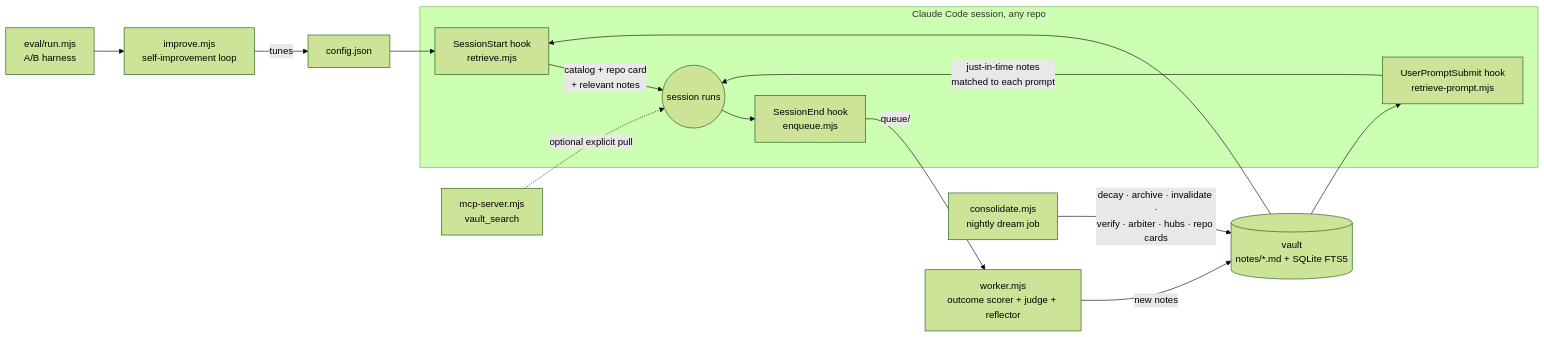
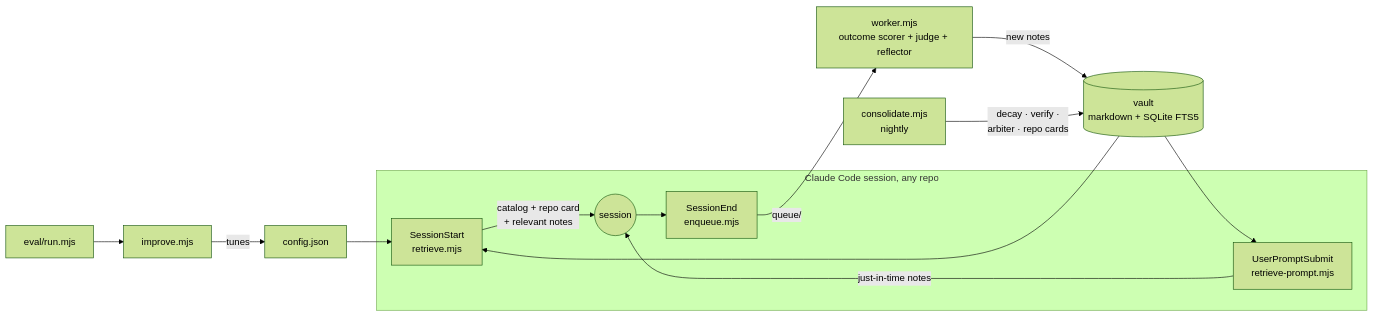
Before and after one commit to kirti34n/unified-mem: the diagram in README.md, drawn with Mermaid (forest theme). The commit also changed other lines of this file and 24 other files, not shown here.

````diff
--- a/README.md
+++ b/README.md
@@ -69,17 +34,14 @@
 ```mermaid
 flowchart LR
     subgraph session [Claude Code session, any repo]
-        A[SessionStart hook<br/>retrieve.mjs] -->|catalog + repo card<br/>+ relevant notes| B((session runs))
-        P[UserPromptSubmit hook<br/>retrieve-prompt.mjs] -->|just-in-time notes<br/>matched to each prompt| B
-        B --> C[SessionEnd hook<br/>enqueue.mjs]
+        A[SessionStart<br/>retrieve.mjs] -->|catalog + repo card<br/>+ relevant notes| B((session))
+        P[UserPromptSubmit<br/>retrieve-prompt.mjs] -->|just-in-time notes| B
+        B --> C[SessionEnd<br/>enqueue.mjs]
     end
     C -->|queue/| D[worker.mjs<br/>outcome scorer + judge + reflector]
-    D -->|new notes| V[(vault<br/>notes/*.md + SQLite FTS5)]
+    D -->|new notes| V[(vault<br/>markdown + SQLite FTS5)]
     V --> A
     V --> P
-    N[consolidate.mjs<br/>nightly dream job] -->|decay · archive · invalidate ·<br/>verify · arbiter · hubs · repo cards| V
-    M[mcp-server.mjs<br/>vault_search] -.->|optional explicit pull| B
-    E[eval/run.mjs<br/>A/B harness] --> I[improve.mjs<br/>self-improvement loop]
-    I -->|tunes| K[config.json]
-    K --> A
+    N[consolidate.mjs<br/>nightly] -->|decay · verify ·<br/>arbiter · repo cards| V
+    E[eval/run.mjs] --> I[improve.mjs] -->|tunes| K[config.json] --> A
 ```
````
